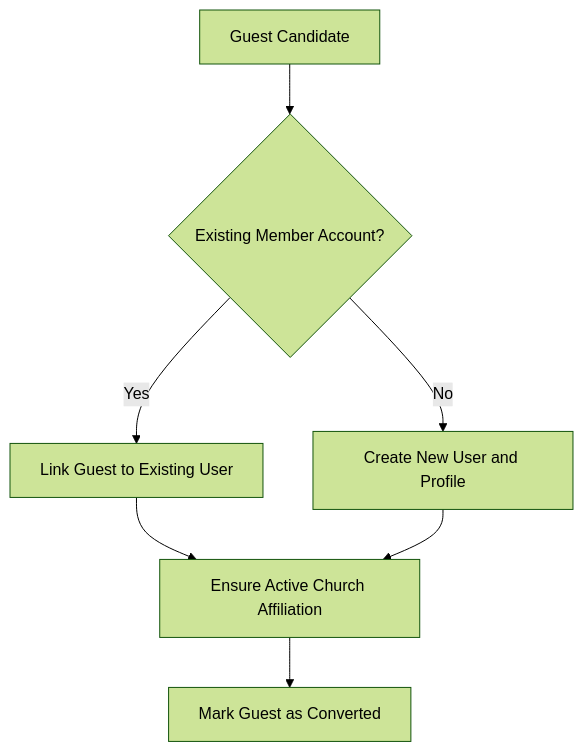
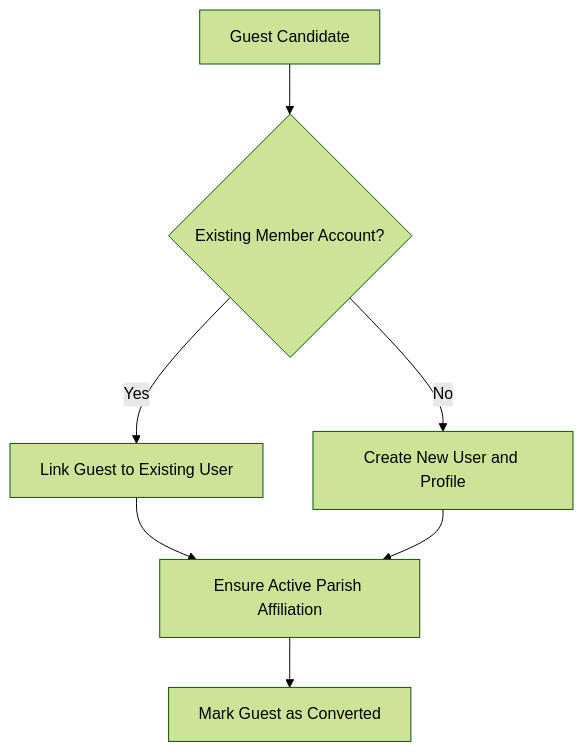
One commit to ekklesiaonline/ekklesiaONLINE changed the second of 5 diagrams in docs/GUEST_TO_GOOD_STANDING_BOARD_DECK_5_SLIDES_2026-04-11.md. Above: the diagram before and after it, drawn with Mermaid (forest theme). The commit also changed other lines of this file and 266 other files, not shown here.

First line of the commit message:
Project-wide terminology migration: church -> parish

````diff
--- a/docs/GUEST_TO_GOOD_STANDING_BOARD_DECK_5_SLIDES_2026-04-11.md
+++ b/docs/GUEST_TO_GOOD_STANDING_BOARD_DECK_5_SLIDES_2026-04-11.md
@@ -16,9 +16,9 @@
 ```mermaid
 flowchart TB
     A[Guest Candidate] --> B{Existing Member Account?}
     B -->|Yes| C[Link Guest to Existing User]
     B -->|No| D[Create New User and Profile]
-    C --> E[Ensure Active Church Affiliation]
+    C --> E[Ensure Active Parish Affiliation]
     D --> E
     E --> F[Mark Guest as Converted]
 ```
````
